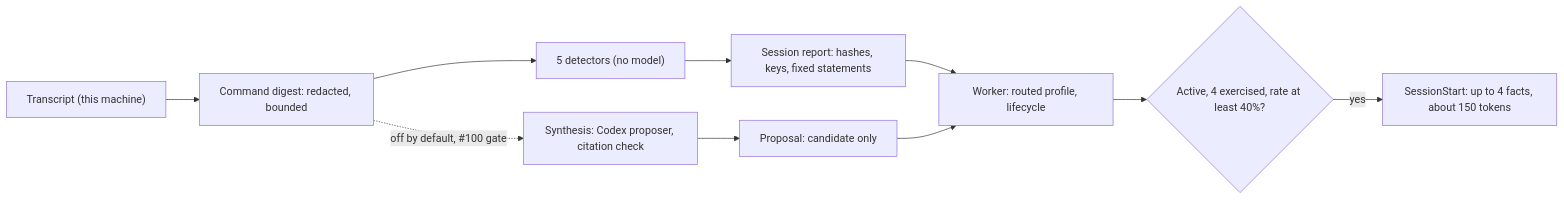
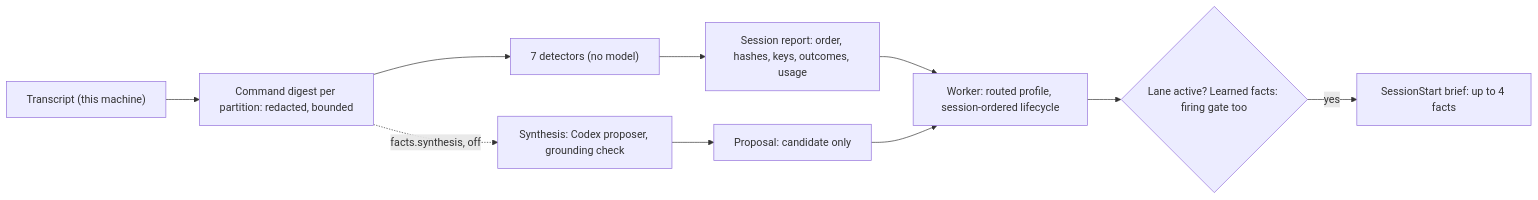
Before and after one commit to wrick17/agent-memory: the fourth of 7 diagrams in docs/architecture.md, drawn with Mermaid. The commit also changed other lines of this file and 6 other files, not shown here.

````diff
--- a/docs/architecture.md
+++ b/docs/architecture.md
@@ -1287,12 +1294,12 @@
 ```mermaid
 flowchart LR
-	T["Transcript (this machine)"] --> D["Command digest: redacted, bounded"]
-	D --> X["5 detectors (no model)"]
-	X --> R["Session report: hashes, keys, fixed statements"]
-	D -. "off by default, #100 gate" .-> S["Synthesis: Codex proposer, citation check"]
+	T["Transcript (this machine)"] --> D["Command digest per partition: redacted, bounded"]
+	D --> X["7 detectors (no model)"]
+	X --> R["Session report: order, hashes, keys, outcomes, usage"]
+	D -. "facts.synthesis, off" .-> S["Synthesis: Codex proposer, grounding check"]
 	S --> P["Proposal: candidate only"]
-	R --> W["Worker: routed profile, lifecycle"]
+	R --> W["Worker: routed profile, session-ordered lifecycle"]
 	P --> W
-	W --> A{"Active, 4 exercised, rate at least 40%?"}
-	A -->|yes| I["SessionStart: up to 4 facts, about 150 tokens"]
+	W --> A{"Lane active? Learned facts: firing gate too"}
+	A -->|yes| I["SessionStart brief: up to 4 facts"]
 ```
````
